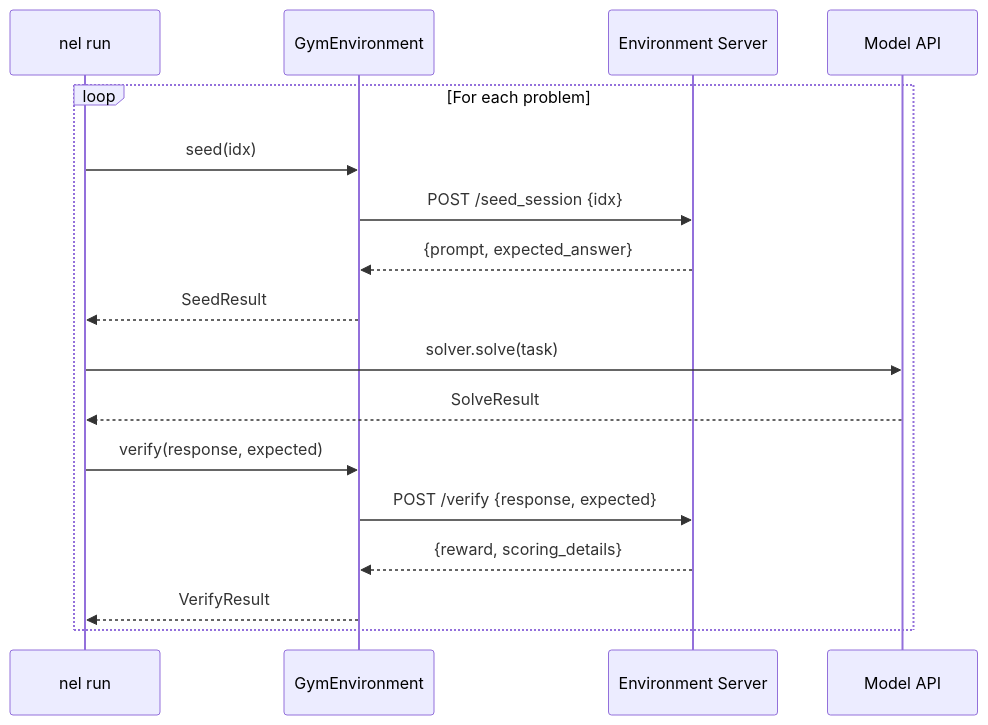
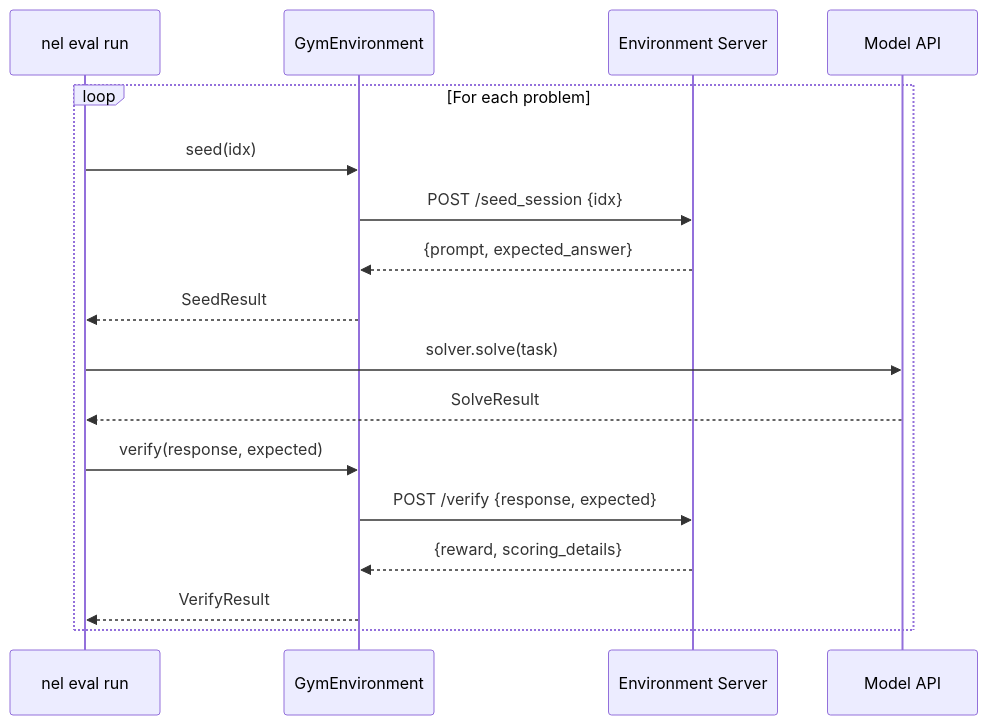
Before and after one commit to NVIDIA-NeMo/Evaluator: the second of 2 diagrams in docs/tutorials/gym-integration.md, drawn with Mermaid. The commit also changed other lines of this file and 84 other files, not shown here.

````diff
--- a/docs/tutorials/gym-integration.md
+++ b/docs/tutorials/gym-integration.md
@@ -112,22 +112,22 @@
 ```{mermaid}
 sequenceDiagram
-    participant E as nel run
+    participant E as nel eval run
     participant G as GymEnvironment
     participant S as Environment Server
     participant M as Model API
 
     loop For each problem
         E->>G: seed(idx)
         G->>S: POST /seed_session {idx}
         S-->>G: {prompt, expected_answer}
         G-->>E: SeedResult
 
         E->>M: solver.solve(task)
         M-->>E: SolveResult
 
         E->>G: verify(response, expected)
         G->>S: POST /verify {response, expected}
         S-->>G: {reward, scoring_details}
         G-->>E: VerifyResult
     end
 ```
````
